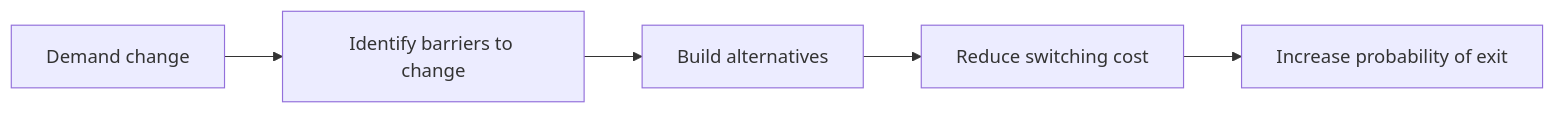
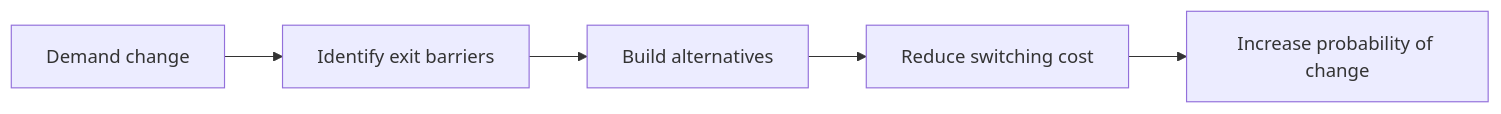
One commit to josefsbreakfast/Polaris-Protocol changed diagram 11 of 14 in 🌓_3_In_The_Moment/📲_Press_Matters/🇵🇸_Palestine_Factchecking/🌍_Global_Powers/💸_incentivising_behavioural_change_and_bds.md. Above: the diagram before and after it, drawn with Mermaid. The commit also changed other lines of this file, not shown here.

````diff
--- a/🌓_3_In_The_Moment/📲_Press_Matters/🇵🇸_Palestine_Factchecking/🌍_Global_Powers/💸_incentivising_behavioural_change_and_bds.md
+++ b/🌓_3_In_The_Moment/📲_Press_Matters/🇵🇸_Palestine_Factchecking/🌍_Global_Powers/💸_incentivising_behavioural_change_and_bds.md
@@ -689,8 +461,8 @@
 ```mermaid
 flowchart LR
     A[Demand change]
-    --> B[Identify barriers to change]
+    --> B[Identify exit barriers]
     --> C[Build alternatives]
     --> D[Reduce switching cost]
-    --> E[Increase probability of exit]
+    --> E[Increase probability of change]
 ```
````
